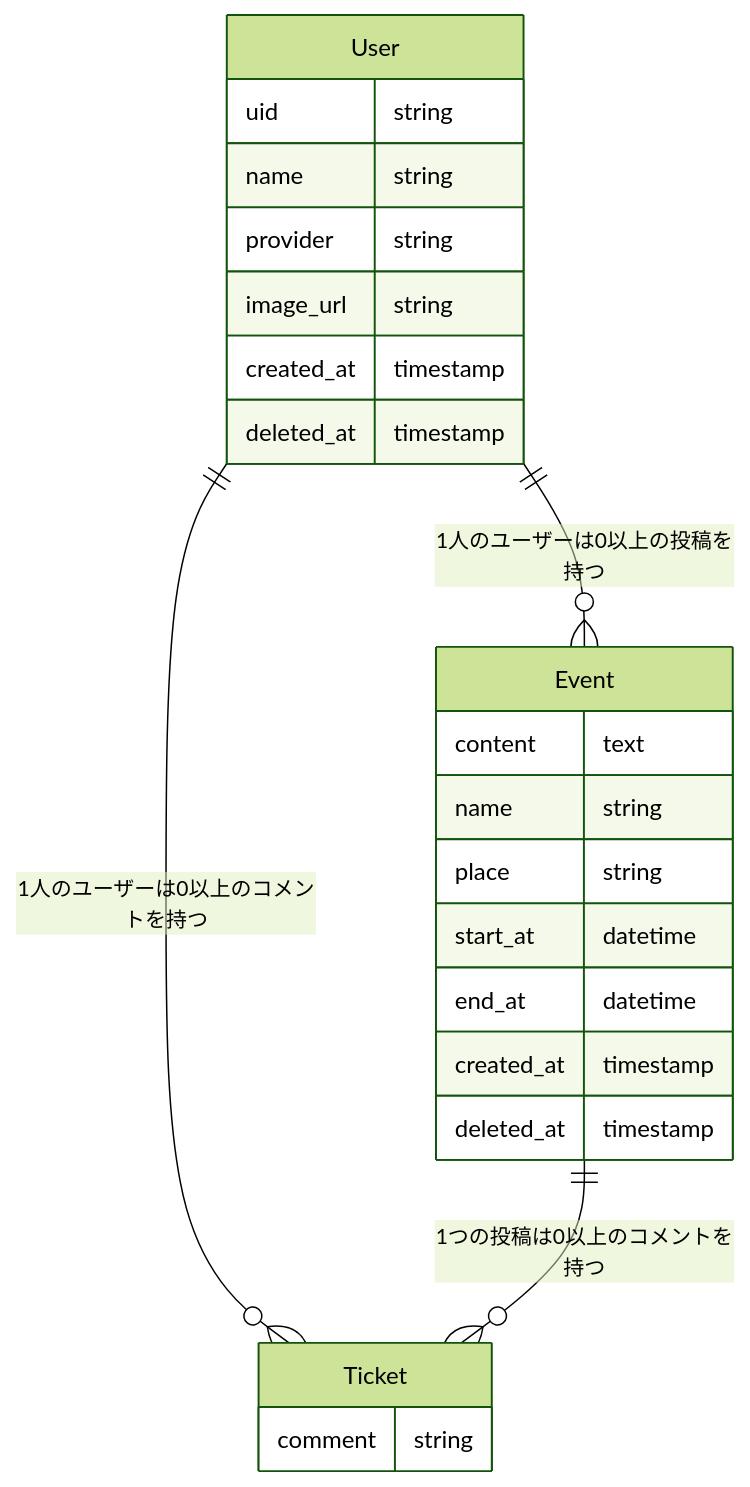
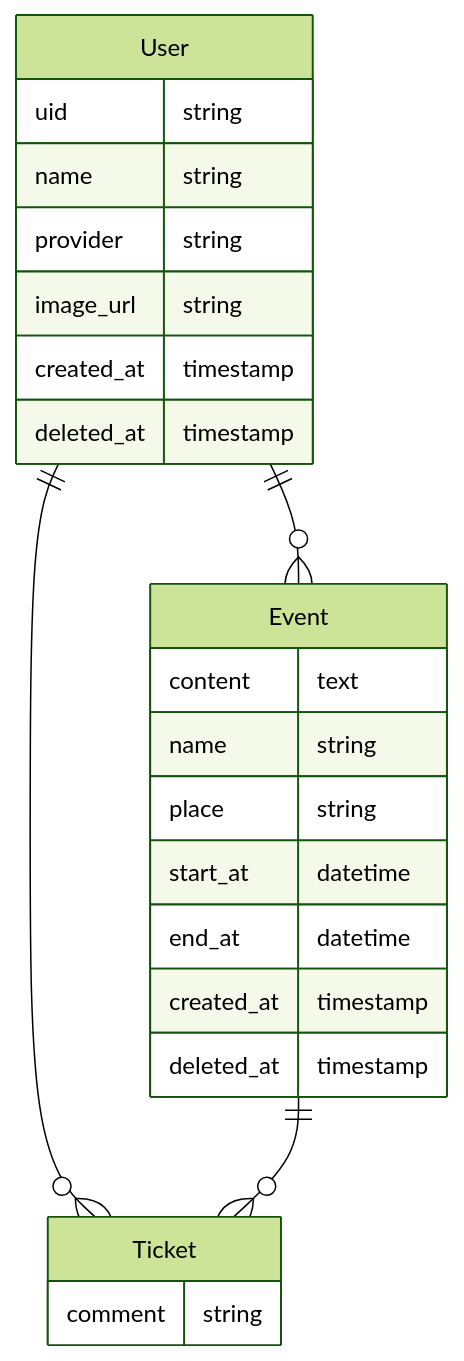
The diagram in README.md (tamashiro-syuta/awasome_events_rails_sample_app), drawn with Mermaid (forest theme) before and after one commit.

Commit message:
📝 不要な文言の削除

````diff
--- a/README.md
+++ b/README.md
@@ -75,30 +75,30 @@
 ```mermaid
 erDiagram
-  User ||--o{ Event : "1人のユーザーは0以上の投稿を持つ"
-  User ||--o{ Ticket: "1人のユーザーは0以上のコメントを持つ"
-  Event ||--o{ Ticket: "1つの投稿は0以上のコメントを持つ"
+  User ||--o{ Event : ""
+  User ||--o{ Ticket: ""
+  Event ||--o{ Ticket: ""
 
   User {
     uid string
     name string
     provider string
     image_url string
     created_at timestamp
     deleted_at timestamp
   }
 
   Event {
     content text
     name string
     place string
     start_at datetime
     end_at datetime
     created_at timestamp
     deleted_at timestamp
   }
 
   Ticket {
     comment string
   }
 
 ```
````
